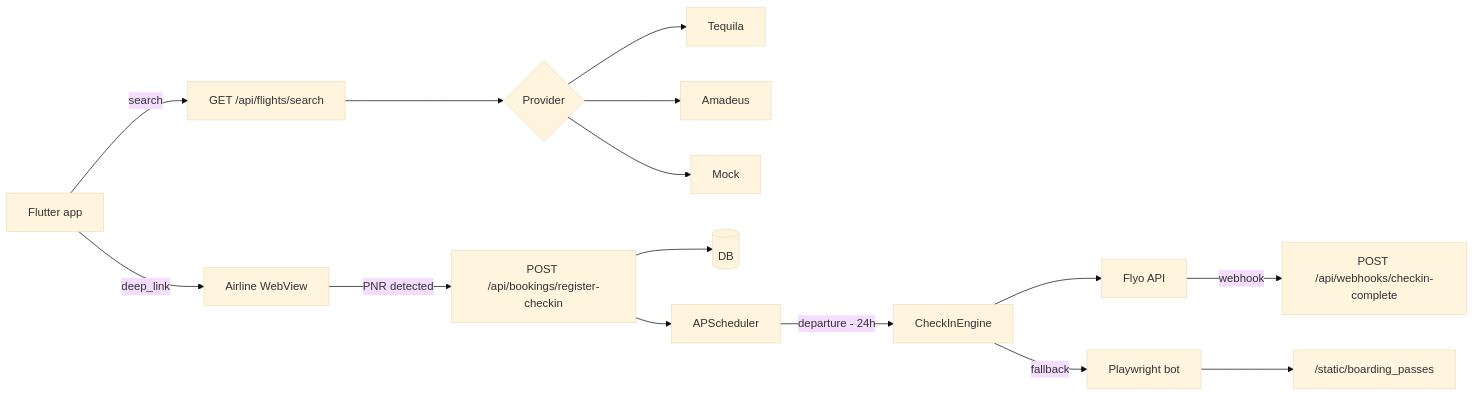
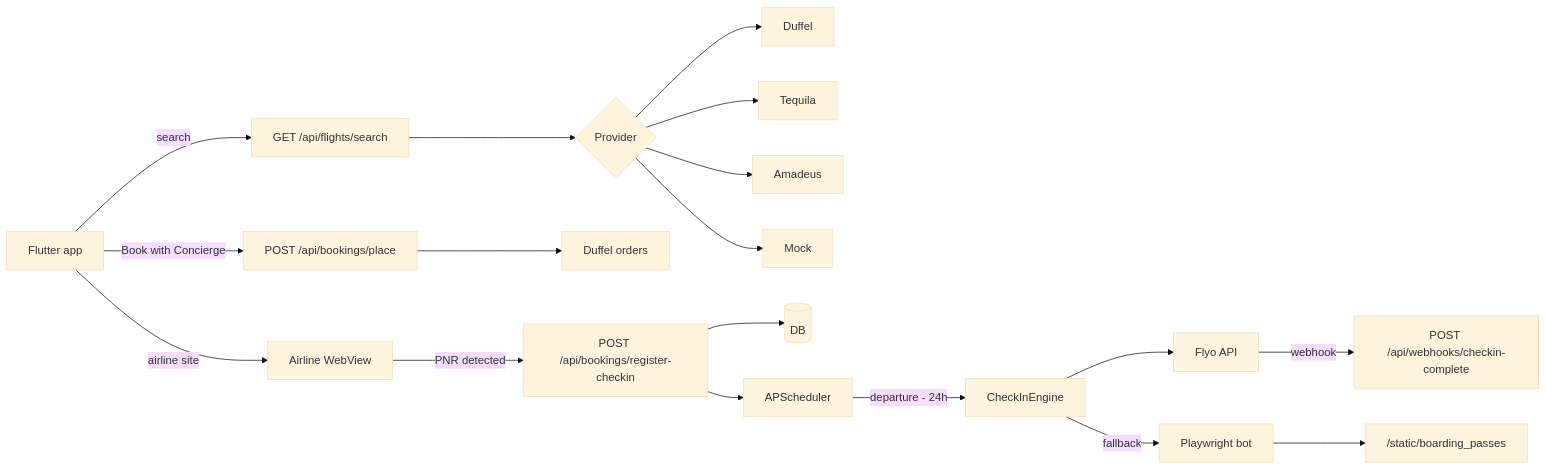
Before and after one commit to SarfarazSingh/fever-india: the diagram in README.md, drawn with Mermaid (base theme). The commit also changed other lines of this file and 99 other files, not shown here.

````diff
--- a/README.md
+++ b/README.md
@@ -15,12 +28,14 @@
 ```mermaid
 flowchart LR
   App[Flutter app] -->|search| Search["GET /api/flights/search"]
   Search --> Provider{Provider}
-  Provider --> Tequila & Amadeus & Mock
-  App -->|deep_link| WebView[Airline WebView]
+  Provider --> Duffel & Tequila & Amadeus & Mock
+  App -->|Book with Concierge| Place["POST /api/bookings/place"]
+  Place --> DuffelAPI[Duffel orders]
+  App -->|airline site| WebView[Airline WebView]
   WebView -->|PNR detected| Register["POST /api/bookings/register-checkin"]
   Register --> DB[(DB)] & Scheduler[APScheduler]
   Scheduler -->|departure - 24h| Engine[CheckInEngine]
   Engine --> Flyo[Flyo API] -->|webhook| Webhook["POST /api/webhooks/checkin-complete"]
   Engine -->|fallback| Bot[Playwright bot] --> Static["/static/boarding_passes"]
 ```
````
